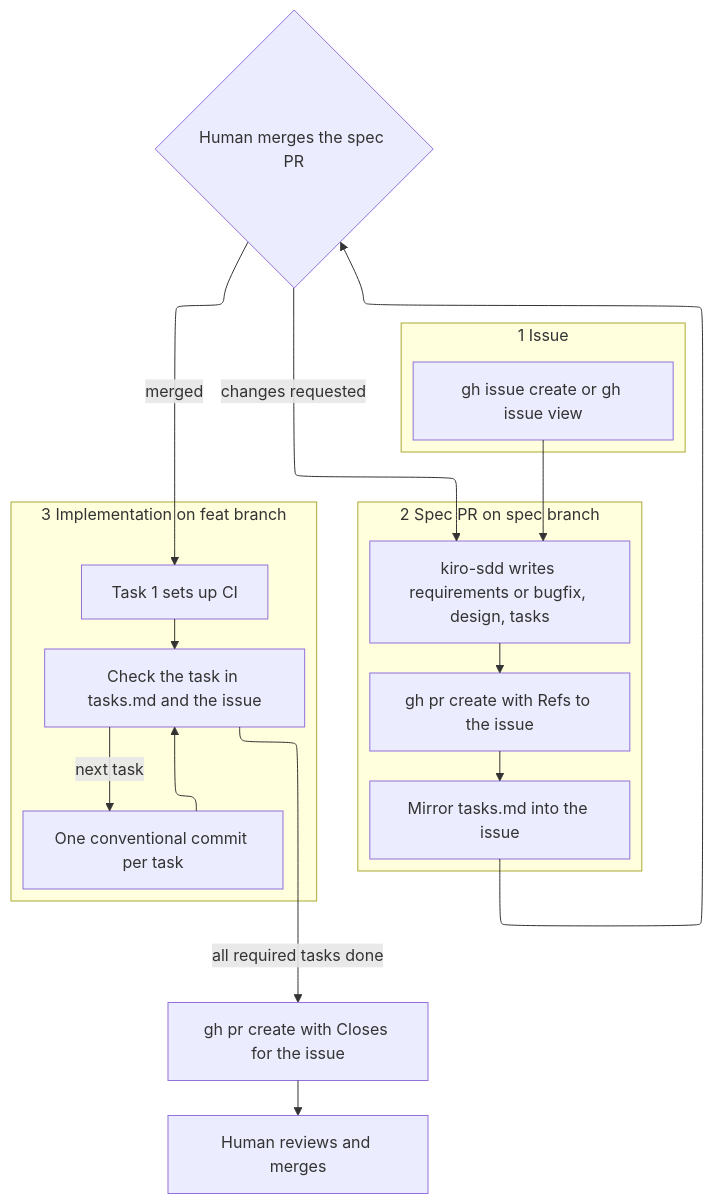
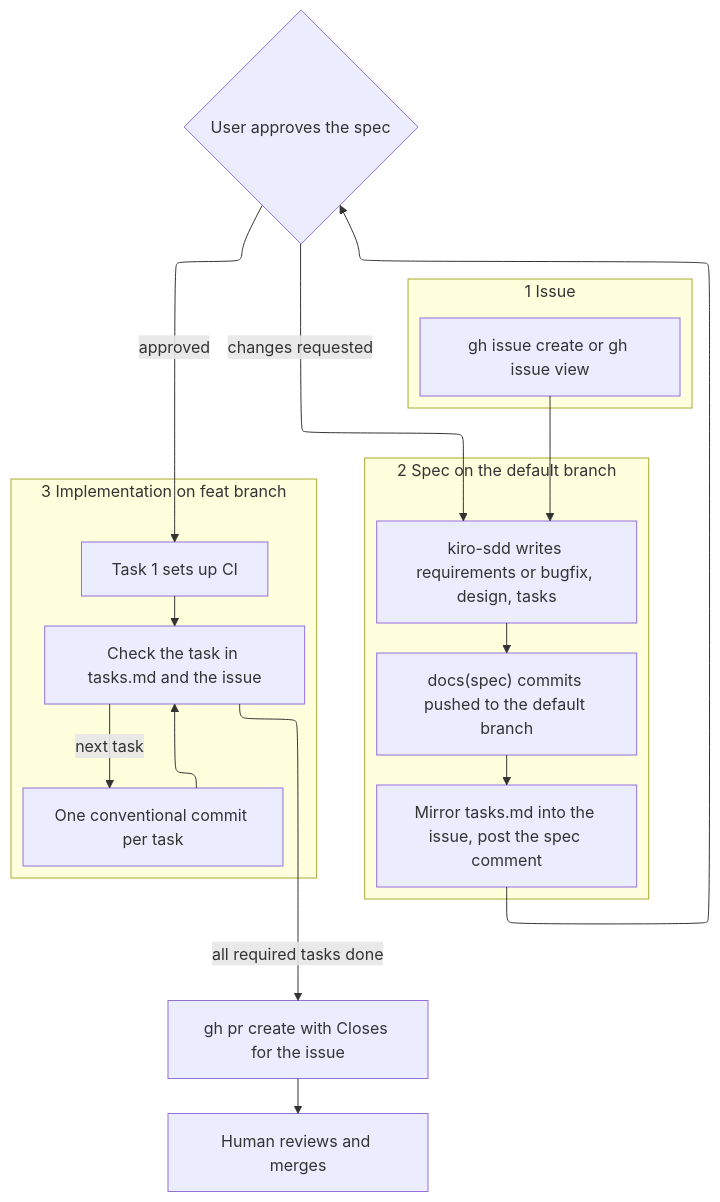
The diagram in skills/kiro-github-pipeline/SKILL.md (sohampatwardhan/kiro-sdd-skills), drawn with Mermaid before and after one commit. The commit also changed other lines of this file and 4 other files, not shown here.

First line of the commit message:
feat(kiro-github-pipeline): push spec docs straight to default branch

````diff
--- a/skills/kiro-github-pipeline/SKILL.md
+++ b/skills/kiro-github-pipeline/SKILL.md
@@ -19,34 +21,34 @@
 ```mermaid
 ---
 config:
   layout: elk
 ---
 flowchart TB
   subgraph issueStage [1 Issue]
     issue["gh issue create or gh issue view"]
   end
-  subgraph specStage [2 Spec PR on spec branch]
+  subgraph specStage [2 Spec on the default branch]
     spec["kiro-sdd writes requirements or bugfix, design, tasks"]
-    specPr["gh pr create with Refs to the issue"]
-    sync1["Mirror tasks.md into the issue"]
+    push["docs(spec) commits pushed to the default branch"]
+    sync1["Mirror tasks.md into the issue, post the spec comment"]
   end
-  gate{"Human merges the spec PR"}
+  gate{"User approves the spec"}
   subgraph implStage [3 Implementation on feat branch]
     ci["Task 1 sets up CI"]
     work["One conventional commit per task"]
     sync2["Check the task in tasks.md and the issue"]
   end
   implPr["gh pr create with Closes for the issue"]
   human["Human reviews and merges"]
   issue --> spec
-  spec --> specPr
-  specPr --> sync1
+  spec --> push
+  push --> sync1
   sync1 --> gate
   gate -->|"changes requested"| spec
-  gate -->|"merged"| ci
+  gate -->|"approved"| ci
   ci --> sync2
   work --> sync2
   sync2 -->|"next task"| work
   sync2 -->|"all required tasks done"| implPr
   implPr --> human
 ```
````
